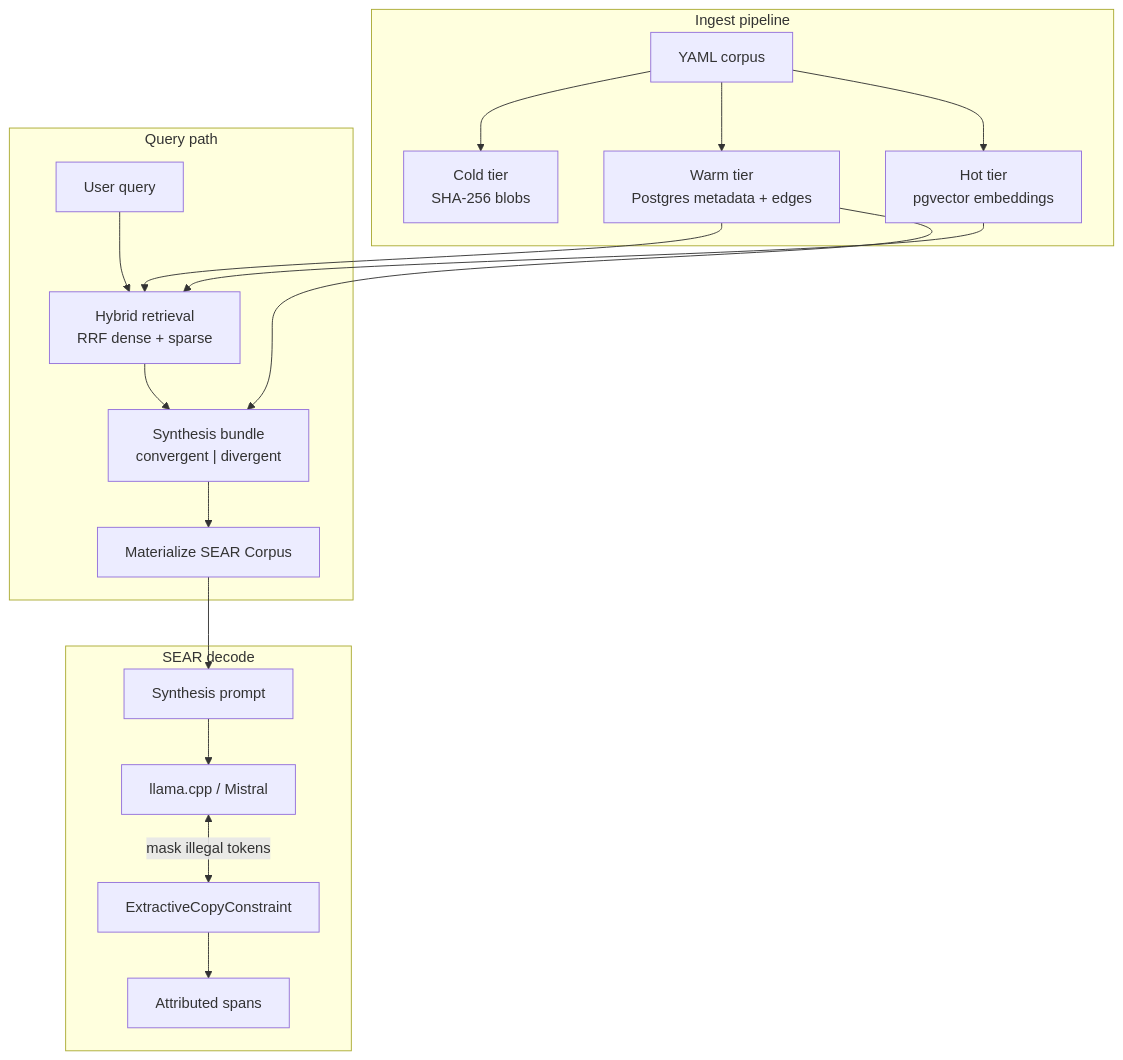
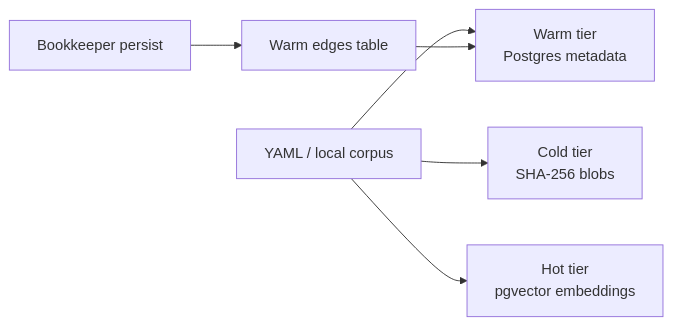
One commit to KristianKrattiger/GIN changed the second of 8 diagrams in architecture.md. Above: the diagram before and after it, drawn with Mermaid. The commit also changed other lines of this file and 7 other files, not shown here.

Commit message:
Docs: align status docs with Phase 2/3 shipping; add per-layer architecture graphs.

````diff
--- a/architecture.md
+++ b/architecture.md
@@ -25,34 +60,8 @@
 ```mermaid
-flowchart TB
-    subgraph ingest["Ingest pipeline"]
-        YAML["YAML corpus"]
-        COLD["Cold tier\nSHA-256 blobs"]
-        WARM["Warm tier\nPostgres metadata + edges"]
-        HOT["Hot tier\npgvector embeddings"]
-        YAML --> COLD
-        YAML --> WARM
-        YAML --> HOT
-    end
-
-    subgraph query["Query path"]
-        Q["User query"]
-        RET["Hybrid retrieval\nRRF dense + sparse"]
-        SYN["Synthesis bundle\nconvergent | divergent"]
-        MAT["Materialize SEAR Corpus"]
-        Q --> RET --> SYN --> MAT
-    end
-
-    subgraph sear["SEAR decode"]
-        PROMPT["Synthesis prompt"]
-        LLM["llama.cpp / Mistral"]
-        PROC["ExtractiveCopyConstraint"]
-        OUT["Attributed spans"]
-        MAT --> PROMPT --> LLM
-        LLM <-->|"mask illegal tokens"| PROC
-        PROC --> OUT
-    end
-
-    WARM --> RET
-    HOT --> RET
-    WARM --> SYN
+flowchart LR
+    SRC["YAML / local corpus"] --> COLD["Cold tier\nSHA-256 blobs"]
+    SRC --> WARM["Warm tier\nPostgres metadata"]
+    SRC --> HOT["Hot tier\npgvector embeddings"]
+    BK["Bookkeeper persist"] --> EDGES["Warm edges table"]
+    EDGES --> WARM
 ```
````
